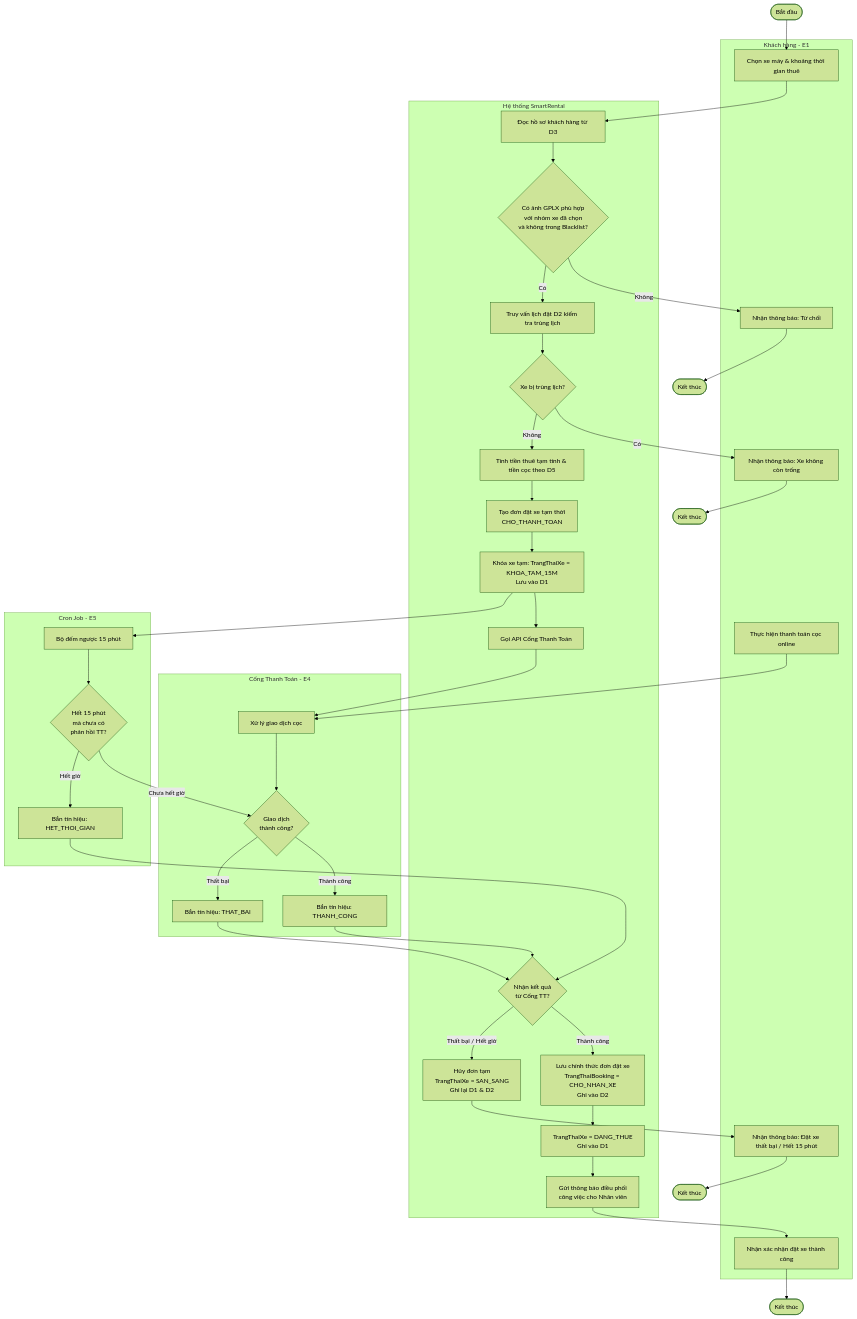
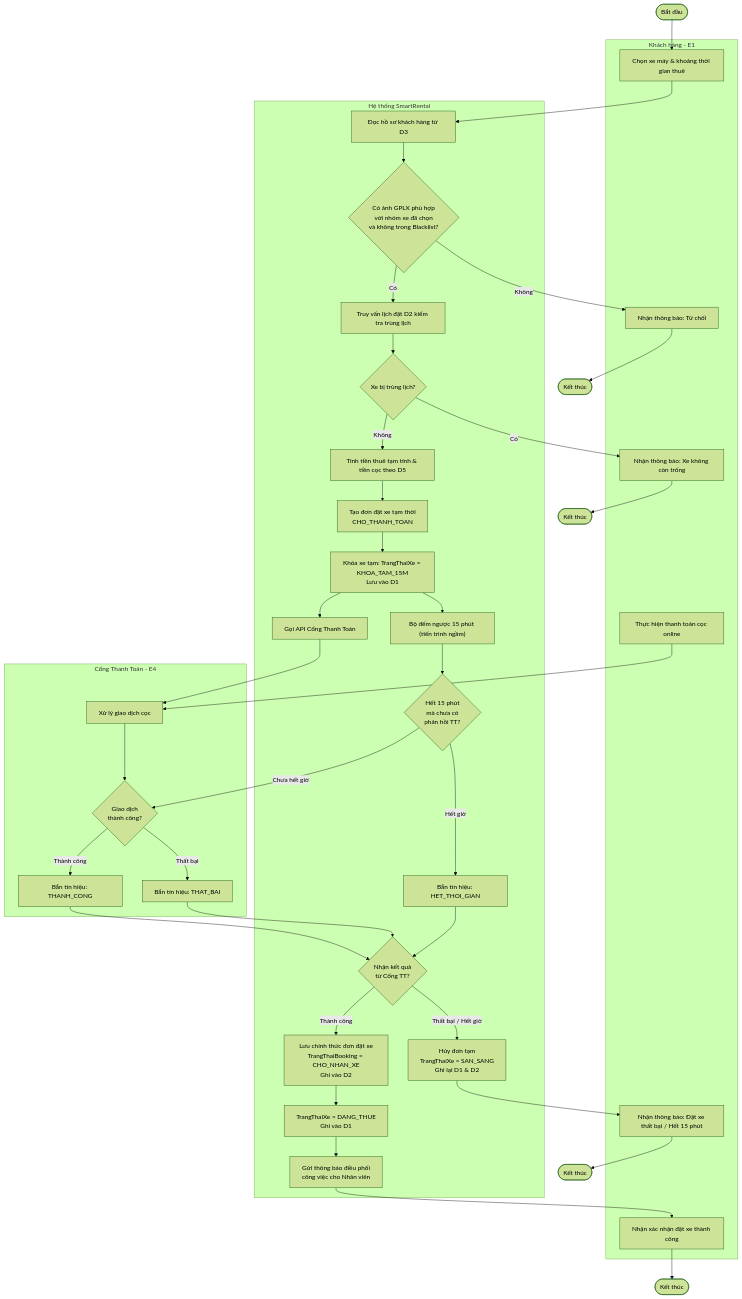
The first of 7 diagrams in docs/activity-diagrams.md (Vqd2k6/SAD-UTH), drawn with Mermaid (forest theme) before and after one commit. The commit also changed other lines of this file and 8 other files, not shown here.

````diff
--- a/docs/activity-diagrams.md
+++ b/docs/activity-diagrams.md
@@ -5,68 +5,65 @@
 ```mermaid
 graph TB
-    Start([Bắt đầu])
+    Start(["Bắt đầu"])
 
     subgraph E1 [Khách hàng - E1]
-        A1[Chọn xe máy & khoảng thời gian thuê]
-        A2[Nhận thông báo: Từ chối]
-        A3[Nhận thông báo: Xe không còn trống]
-        A4[Thực hiện thanh toán cọc online]
-        A5[Nhận xác nhận đặt xe thành công]
-        A6[Nhận thông báo: Đặt xe thất bại / Hết 15 phút]
+        A1["Chọn xe máy & khoảng thời gian thuê"]
+        A2["Nhận thông báo: Từ chối"]
+        A3["Nhận thông báo: Xe không còn trống"]
+        A4["Thực hiện thanh toán cọc online"]
+        A5["Nhận xác nhận đặt xe thành công"]
+        A6["Nhận thông báo: Đặt xe thất bại / Hết 15 phút"]
     end
 
     subgraph SYS [Hệ thống SmartRental]
-        S1[Đọc hồ sơ khách hàng từ D3]
-        S2{Có ảnh GPLX phù hợp\nvới nhóm xe đã chọn\nvà không trong Blacklist?}
-        S3[Truy vấn lịch đặt D2 kiểm tra trùng lịch]
-        S4{Xe bị trùng lịch?}
-        S5[Tính tiền thuê tạm tính & tiền cọc theo D5]
-        S6[Tạo đơn đặt xe tạm thời\nCHO_THANH_TOAN]
-        S7[Khóa xe tạm: TrangThaiXe = KHOA_TAM_15M\nLưu vào D1]
-        S8[Gọi API Cổng Thanh Toán]
-        S9{Nhận kết quả\ntừ Cổng TT?}
-        S10[Hủy đơn tạm\nTrangThaiXe = SAN_SANG\nGhi lại D1 & D2]
-        S11[Lưu chính thức đơn đặt xe\nTrangThaiBooking = CHO_NHAN_XE\nGhi vào D2]
-        S12[TrangThaiXe = DANG_THUE\nGhi vào D1]
-        S13[Gửi thông báo điều phối\ncông việc cho Nhân viên]
+        S1["Đọc hồ sơ khách hàng từ D3"]
+        S2{"Có ảnh GPLX phù hợp<br/>với nhóm xe đã chọn<br/>và không trong Blacklist?"}
+        S3["Truy vấn lịch đặt D2 kiểm tra trùng lịch"]
+        S4{"Xe bị trùng lịch?"}
+        S5["Tính tiền thuê tạm tính & tiền cọc theo D5"]
+        S6["Tạo đơn đặt xe tạm thời<br/>CHO_THANH_TOAN"]
+        S7["Khóa xe tạm: TrangThaiXe = KHOA_TAM_15M<br/>Lưu vào D1"]
+        S8["Gọi API Cổng Thanh Toán"]
+        S9{"Nhận kết quả<br/>từ Cổng TT?"}
+        S10["Hủy đơn tạm<br/>TrangThaiXe = SAN_SANG<br/>Ghi lại D1 & D2"]
+        S11["Lưu chính thức đơn đặt xe<br/>TrangThaiBooking = CHO_NHAN_XE<br/>Ghi vào D2"]
+        S12["TrangThaiXe = DANG_THUE<br/>Ghi vào D1"]
+        S13["Gửi thông báo điều phối<br/>công việc cho Nhân viên"]
+        C1["Bộ đếm ngược 15 phút (tiến trình ngầm)"]
+        C2{"Hết 15 phút<br/>mà chưa có<br/>phản hồi TT?"}
+        C3["Bắn tín hiệu: HET_THOI_GIAN"]
     end
 
     subgraph E4 [Cổng Thanh Toán - E4]
-        P1[Xử lý giao dịch cọc]
-        P2{Giao dịch\nthành công?}
-        P3[Bắn tín hiệu: THANH_CONG]
-        P4[Bắn tín hiệu: THAT_BAI]
-    end
-
-    subgraph E5 [Cron Job - E5]
-        C1[Bộ đếm ngược 15 phút]
-        C2{Hết 15 phút\nmà chưa có\nphản hồi TT?}
-        C3[Bắn tín hiệu: HET_THOI_GIAN]
+        P1["Xử lý giao dịch cọc"]
+        P2{"Giao dịch<br/>thành công?"}
+        P3["Bắn tín hiệu: THANH_CONG"]
+        P4["Bắn tín hiệu: THAT_BAI"]
     end
 
     %% Flow
     Start --> A1 --> S1
     S1 --> S2
     S2 -- Không --> A2 --> End1([Kết thúc])
     S2 -- Có --> S3 --> S4
     S4 -- Có --> A3 --> End2([Kết thúc])
     S4 -- Không --> S5 --> S6 --> S7
     S7 --> S8
     S8 --> P1 --> P2
     S7 --> C1 --> C2
     C2 -- Chưa hết giờ --> P2
     C2 -- Hết giờ --> C3
 
     P2 -- Thành công --> P3 --> S9
     P2 -- Thất bại --> P4 --> S9
     C3 --> S9
 
     S9 -- Thành công --> S11
     S9 -- Thất bại / Hết giờ --> S10
 
     S10 --> A6 --> End3([Kết thúc])
 
     A4 --> P1
 
     S11 --> S12 --> S13 --> A5 --> End4([Kết thúc])
 ```
````
